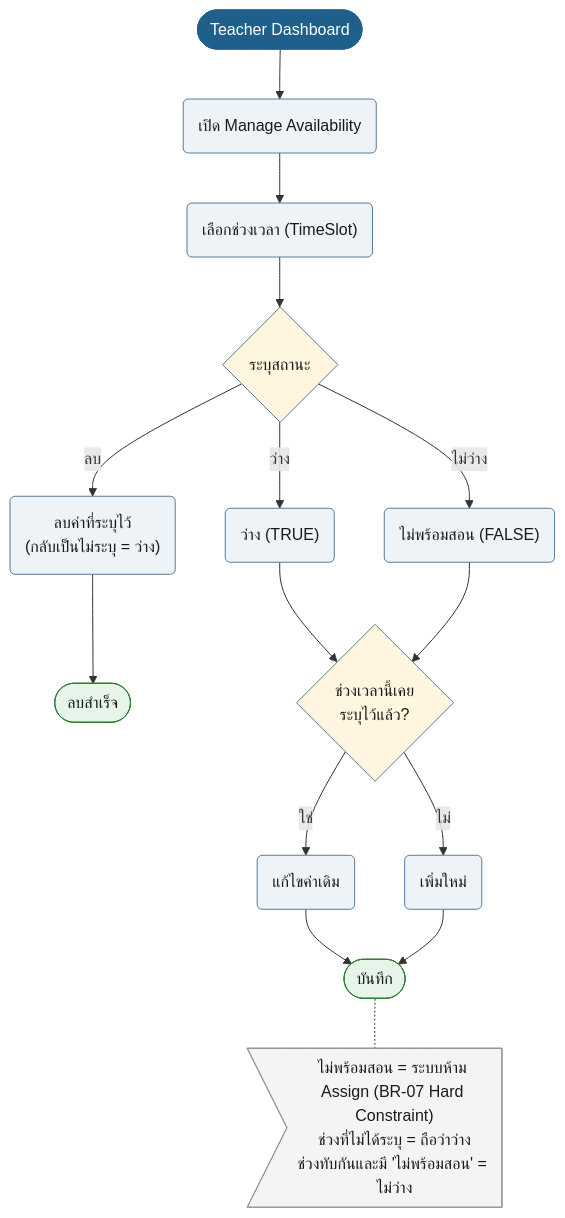
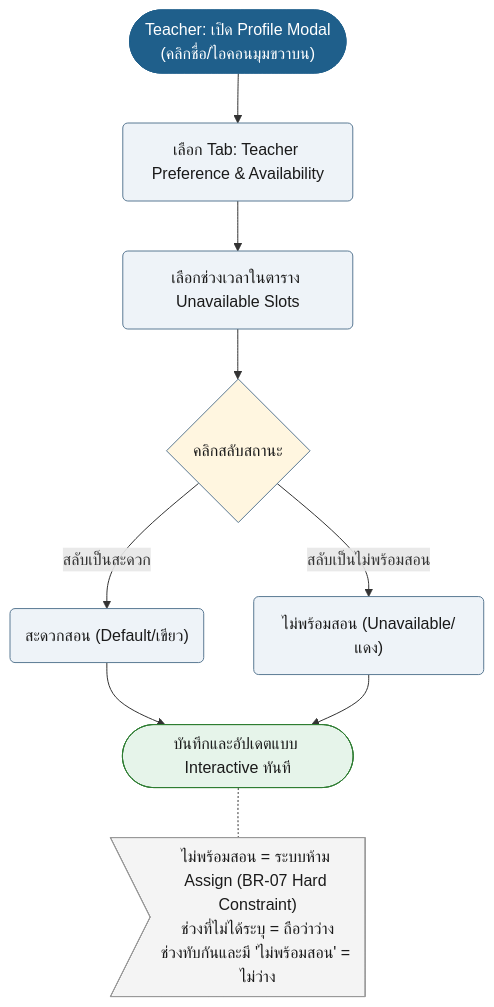
One commit to synthesixer/AcadOS changed diagram 14 of 49 in doc/diagram/Userflow_diagram.md. Above: the diagram before and after it, drawn with Mermaid. The commit also changed other lines of this file and 30 other files, not shown here.

````diff
--- a/doc/diagram/Userflow_diagram.md
+++ b/doc/diagram/Userflow_diagram.md
@@ -499,36 +499,25 @@
 ```mermaid
 flowchart TD
-    n1(["Teacher Dashboard"]):::start
-    n2("เปิด Manage Availability"):::act
-    n3("เลือกช่วงเวลา (TimeSlot)"):::act
+    n1(["Teacher: เปิด Profile Modal<br/>(คลิกชื่อ/ไอคอนมุมขวาบน)"]):::start
+    n2("เลือก Tab: Teacher Preference & Availability"):::act
+    n3("เลือกช่วงเวลาในตาราง Unavailable Slots"):::act
     n1 --> n2
     n2 --> n3
-    n4{"ระบุสถานะ"}:::dec
+    n4{"คลิกสลับสถานะ"}:::dec
     n3 --> n4
-    n5("ว่าง (TRUE)"):::act
-    n6("ไม่พร้อมสอน (FALSE)"):::act
-    n7("ลบค่าที่ระบุไว้<br/>(กลับเป็นไม่ระบุ = ว่าง)"):::act
-    n4 -->|ว่าง| n5
-    n4 -->|ไม่ว่าง| n6
-    n4 -->|ลบ| n7
-    n8(["ลบสำเร็จ"]):::ok
-    n7 --> n8
-    n9{"ช่วงเวลานี้เคย<br/>ระบุไว้แล้ว?"}:::dec
-    n5 --> n9
-    n6 --> n9
-    n10("แก้ไขค่าเดิม"):::act
-    n11("เพิ่มใหม่"):::act
-    n9 -->|ใช่| n10
-    n9 -->|ไม่| n11
-    n12(["บันทึก"]):::ok
-    n10 --> n12
-    n11 --> n12
+    n5("สะดวกสอน (Default/เขียว)"):::act
+    n6("ไม่พร้อมสอน (Unavailable/แดง)"):::act
+    n4 -->|สลับเป็นสะดวก| n5
+    n4 -->|สลับเป็นไม่พร้อมสอน| n6
+    n12(["บันทึกและอัปเดตแบบ Interactive ทันที"]):::ok
+    n5 --> n12
+    n6 --> n12
     n13>"ไม่พร้อมสอน = ระบบห้าม Assign (BR-07 Hard Constraint)<br/>ช่วงที่ไม่ได้ระบุ = ถือว่าว่าง<br/>ช่วงทับกันและมี 'ไม่พร้อมสอน' = ไม่ว่าง"]:::note
     n12 -.- n13
     classDef start fill:#1F5F8B,stroke:#1F5F8B,color:#fff
     classDef act fill:#EEF3F8,stroke:#5B7A94,color:#1a1a1a
     classDef dec fill:#FFF6E0,stroke:#5B7A94,color:#1a1a1a
     classDef bad fill:#FCE8E6,stroke:#C0392B,color:#1a1a1a
     classDef ok fill:#E6F4EA,stroke:#2E7D32,color:#1a1a1a
     classDef note fill:#F4F4F4,stroke:#999,color:#1a1a1a
 ```
````
